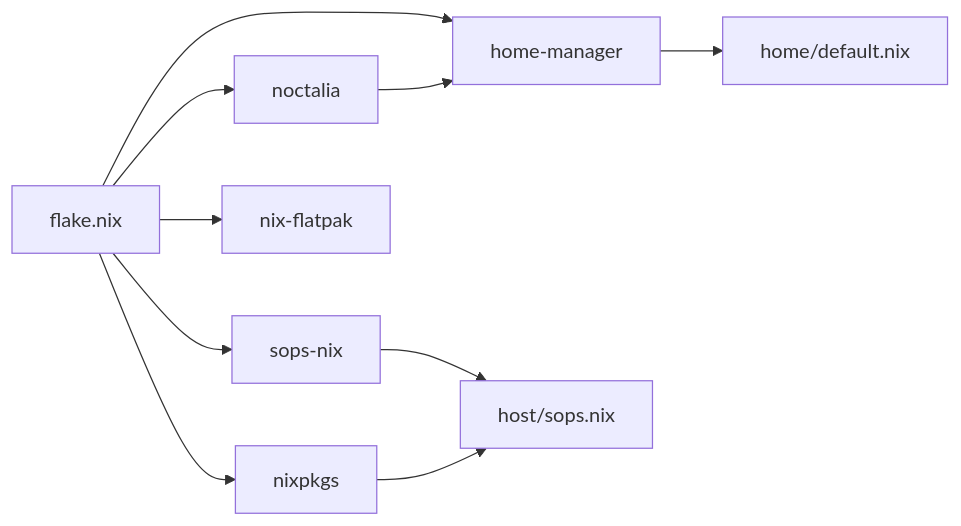
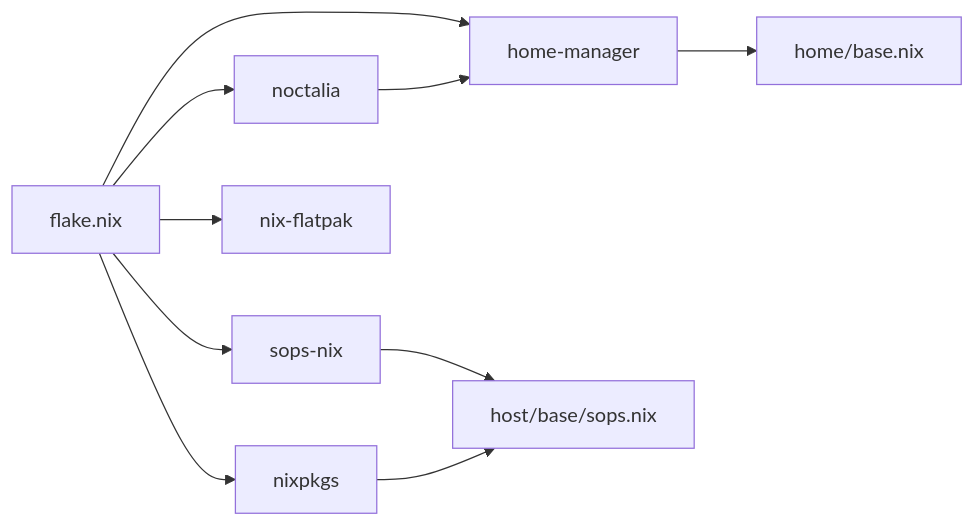
The third of 3 diagrams in wiki/architecture/index.md (Shangshui0302/myNixOSConfig), drawn with Mermaid before and after one commit. The commit also changed other lines of this file and 53 other files, not shown here.

````diff
--- a/wiki/architecture/index.md
+++ b/wiki/architecture/index.md
@@ -100,12 +100,12 @@
 ```mermaid
 graph LR
 FL["flake.nix"] --> HM["home-manager"]
 FL --> NC["noctalia"]
 FL --> SN["sops-nix"]
 FL --> NF["nix-flatpak"]
 FL --> NP["nixpkgs"]
-HM --> HOME["home/default.nix"]
-SN --> HOST["host/sops.nix"]
+HM --> HOME["home/base.nix"]
+SN --> HOST["host/base/sops.nix"]
 NC --> HM
 NP --> HOST
 ```
````
